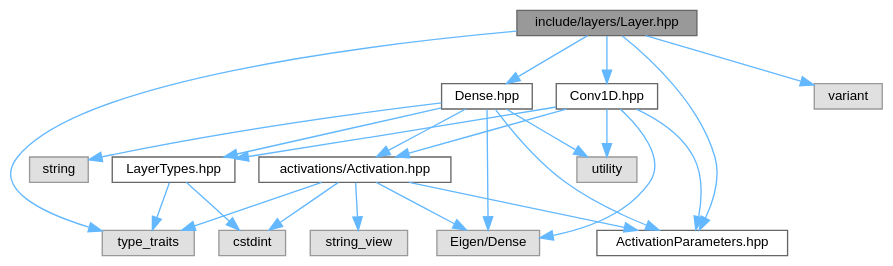
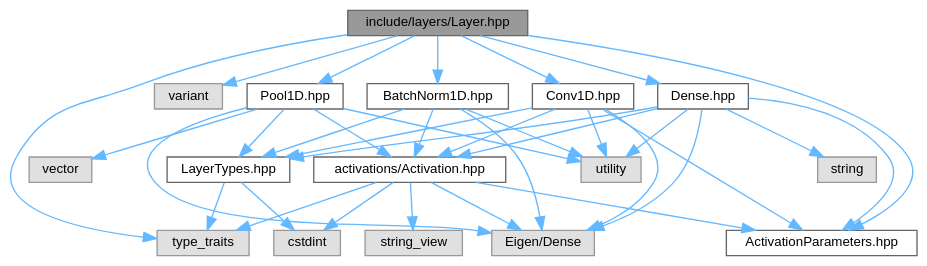
The diagram in Layer_8hpp__incl.dot (Nalin-Angrish/FlexNN), drawn with Graphviz before and after one commit. The commit also changed 201 other files, not shown here.

```diff
--- a/Layer_8hpp__incl.dot
+++ b/Layer_8hpp__incl.dot
@@ -1,43 +1,57 @@
 digraph "include/layers/Layer.hpp"
 {
  // LATEX_PDF_SIZE
   bgcolor="transparent";
   edge [fontname=Helvetica,fontsize=10,labelfontname=Helvetica,labelfontsize=10];
   node [fontname=Helvetica,fontsize=10,shape=box,height=0.2,width=0.4];
   Node1 [id="Node000001",label="include/layers/Layer.hpp",height=0.2,width=0.4,color="gray40", fillcolor="grey60", style="filled", fontcolor="black",tooltip="Type-erased wrapper for FlexNN::Layers — heterogeneous stack without inheritance."];
   Node1 -> Node2 [id="edge1_Node000001_Node000002",color="steelblue1",style="solid",tooltip=" "];
   Node2 [id="Node000002",label="type_traits",height=0.2,width=0.4,color="grey60", fillcolor="#E0E0E0", style="filled",tooltip=" "];
   Node1 -> Node3 [id="edge2_Node000001_Node000003",color="steelblue1",style="solid",tooltip=" "];
   Node3 [id="Node000003",label="variant",height=0.2,width=0.4,color="grey60", fillcolor="#E0E0E0", style="filled",tooltip=" "];
   Node1 -> Node4 [id="edge3_Node000001_Node000004",color="steelblue1",style="solid",tooltip=" "];
   Node4 [id="Node000004",label="Dense.hpp",height=0.2,width=0.4,color="grey40", fillcolor="white", style="filled",URL="$Dense_8hpp.html",tooltip="Dense (fully-connected) layer for FlexNN::Layers."];
   Node4 -> Node5 [id="edge4_Node000004_Node000005",color="steelblue1",style="solid",tooltip=" "];
   Node5 [id="Node000005",label="string",height=0.2,width=0.4,color="grey60", fillcolor="#E0E0E0", style="filled",tooltip=" "];
   Node4 -> Node6 [id="edge5_Node000004_Node000006",color="steelblue1",style="solid",tooltip=" "];
   Node6 [id="Node000006",label="utility",height=0.2,width=0.4,color="grey60", fillcolor="#E0E0E0", style="filled",tooltip=" "];
   Node4 -> Node7 [id="edge6_Node000004_Node000007",color="steelblue1",style="solid",tooltip=" "];
   Node7 [id="Node000007",label="Eigen/Dense",height=0.2,width=0.4,color="grey60", fillcolor="#E0E0E0", style="filled",tooltip=" "];
   Node4 -> Node8 [id="edge7_Node000004_Node000008",color="steelblue1",style="solid",tooltip=" "];
   Node8 [id="Node000008",label="LayerTypes.hpp",height=0.2,width=0.4,color="grey40", fillcolor="white", style="filled",URL="$LayerTypes_8hpp.html",tooltip="Shared PODs for FlexNN::Layers — LayerType, DType, and per-type Params."];
   Node8 -> Node9 [id="edge8_Node000008_Node000009",color="steelblue1",style="solid",tooltip=" "];
   Node9 [id="Node000009",label="cstdint",height=0.2,width=0.4,color="grey60", fillcolor="#E0E0E0", style="filled",tooltip=" "];
   Node8 -> Node2 [id="edge9_Node000008_Node000002",color="steelblue1",style="solid",tooltip=" "];
   Node4 -> Node10 [id="edge10_Node000004_Node000010",color="steelblue1",style="solid",tooltip=" "];
   Node10 [id="Node000010",label="activations/Activation.hpp",height=0.2,width=0.4,color="grey40", fillcolor="white", style="filled",URL="$Activation_8hpp.html",tooltip="Public activation enum and helpers for FlexNN."];
   Node10 -> Node9 [id="edge11_Node000010_Node000009",color="steelblue1",style="solid",tooltip=" "];
   Node10 -> Node11 [id="edge12_Node000010_Node000011",color="steelblue1",style="solid",tooltip=" "];
   Node11 [id="Node000011",label="string_view",height=0.2,width=0.4,color="grey60", fillcolor="#E0E0E0", style="filled",tooltip=" "];
   Node10 -> Node2 [id="edge13_Node000010_Node000002",color="steelblue1",style="solid",tooltip=" "];
   Node10 -> Node7 [id="edge14_Node000010_Node000007",color="steelblue1",style="solid",tooltip=" "];
   Node10 -> Node12 [id="edge15_Node000010_Node000012",color="steelblue1",style="solid",tooltip=" "];
   Node12 [id="Node000012",label="ActivationParameters.hpp",height=0.2,width=0.4,color="grey40", fillcolor="white", style="filled",URL="$ActivationParameters_8hpp.html",tooltip="Per-activation hyperparameters for FlexNN::Activations."];
   Node4 -> Node12 [id="edge16_Node000004_Node000012",color="steelblue1",style="solid",tooltip=" "];
   Node1 -> Node13 [id="edge17_Node000001_Node000013",color="steelblue1",style="solid",tooltip=" "];
   Node13 [id="Node000013",label="Conv1D.hpp",height=0.2,width=0.4,color="grey40", fillcolor="white", style="filled",URL="$Conv1D_8hpp.html",tooltip="1D temporal convolution for FlexNN::Layers."];
   Node13 -> Node6 [id="edge18_Node000013_Node000006",color="steelblue1",style="solid",tooltip=" "];
   Node13 -> Node7 [id="edge19_Node000013_Node000007",color="steelblue1",style="solid",tooltip=" "];
   Node13 -> Node8 [id="edge20_Node000013_Node000008",color="steelblue1",style="solid",tooltip=" "];
   Node13 -> Node10 [id="edge21_Node000013_Node000010",color="steelblue1",style="solid",tooltip=" "];
   Node13 -> Node12 [id="edge22_Node000013_Node000012",color="steelblue1",style="solid",tooltip=" "];
-  Node1 -> Node12 [id="edge23_Node000001_Node000012",color="steelblue1",style="solid",tooltip=" "];
+  Node1 -> Node14 [id="edge23_Node000001_Node000014",color="steelblue1",style="solid",tooltip=" "];
+  Node14 [id="Node000014",label="BatchNorm1D.hpp",height=0.2,width=0.4,color="grey40", fillcolor="white", style="filled",URL="$BatchNorm1D_8hpp.html",tooltip="BatchNorm1D layer for FlexNN::Layers (training stats, aux export)."];
+  Node14 -> Node6 [id="edge24_Node000014_Node000006",color="steelblue1",style="solid",tooltip=" "];
+  Node14 -> Node7 [id="edge25_Node000014_Node000007",color="steelblue1",style="solid",tooltip=" "];
+  Node14 -> Node8 [id="edge26_Node000014_Node000008",color="steelblue1",style="solid",tooltip=" "];
+  Node14 -> Node10 [id="edge27_Node000014_Node000010",color="steelblue1",style="solid",tooltip=" "];
+  Node1 -> Node15 [id="edge28_Node000001_Node000015",color="steelblue1",style="solid",tooltip=" "];
+  Node15 [id="Node000015",label="Pool1D.hpp",height=0.2,width=0.4,color="grey40", fillcolor="white", style="filled",URL="$Pool1D_8hpp.html",tooltip="Pool1D layers — MaxPool1D and AvgPool1D (weightless)."];
+  Node15 -> Node6 [id="edge29_Node000015_Node000006",color="steelblue1",style="solid",tooltip=" "];
+  Node15 -> Node16 [id="edge30_Node000015_Node000016",color="steelblue1",style="solid",tooltip=" "];
+  Node16 [id="Node000016",label="vector",height=0.2,width=0.4,color="grey60", fillcolor="#E0E0E0", style="filled",tooltip=" "];
+  Node15 -> Node7 [id="edge31_Node000015_Node000007",color="steelblue1",style="solid",tooltip=" "];
+  Node15 -> Node8 [id="edge32_Node000015_Node000008",color="steelblue1",style="solid",tooltip=" "];
+  Node15 -> Node10 [id="edge33_Node000015_Node000010",color="steelblue1",style="solid",tooltip=" "];
+  Node1 -> Node12 [id="edge34_Node000001_Node000012",color="steelblue1",style="solid",tooltip=" "];
 }
```
